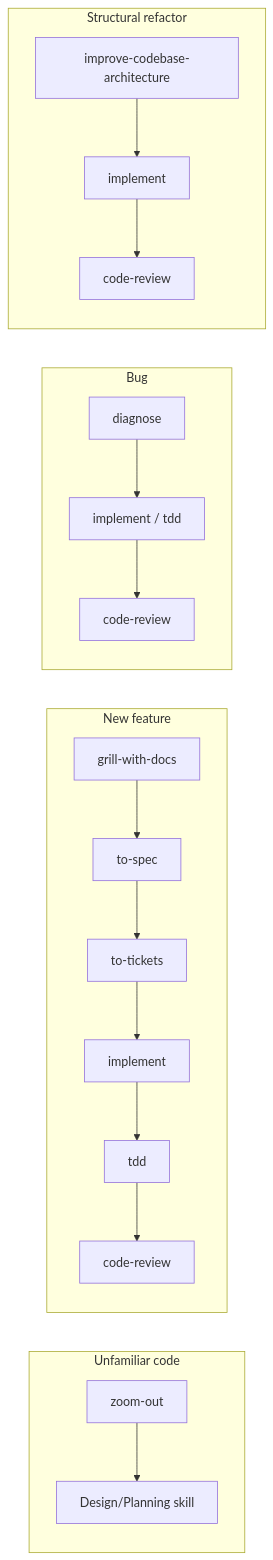
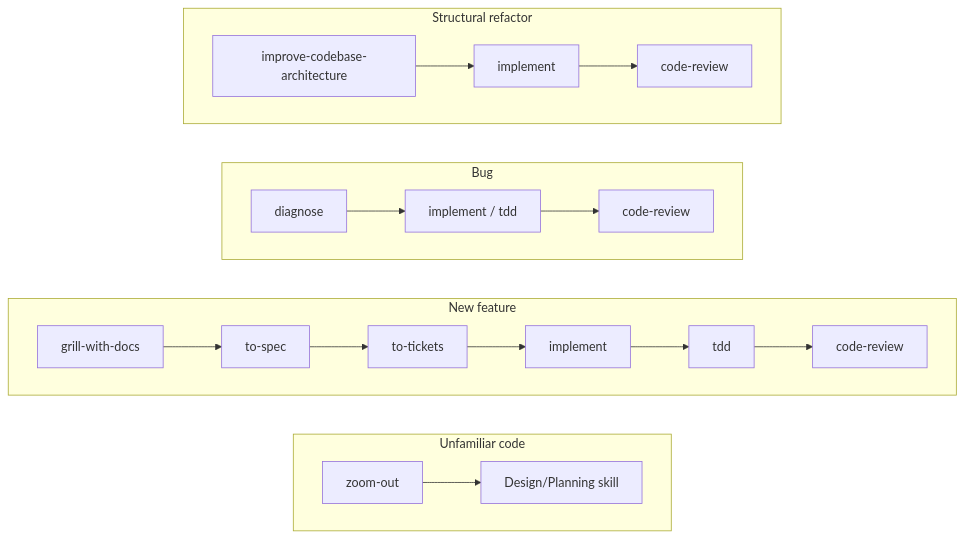
One commit to elvisbrevi/agent-workflow changed the diagram in README.md. Above: the diagram before and after it, drawn with Mermaid.

Commit message:
﻿Update README flowchart subgraphs with ids and direction

````diff
--- a/README.md
+++ b/README.md
@@ -65,18 +65,22 @@
 ```mermaid
 flowchart LR
-    subgraph "Unfamiliar code"
+    subgraph UC["Unfamiliar code"]
+        direction LR
         UC1["zoom-out"] --> UC2["Design/Planning skill"]
     end
 
-    subgraph "New feature"
+    subgraph NF["New feature"]
+        direction LR
         NF1["grill-with-docs"] --> NF2["to-spec"] --> NF3["to-tickets"] --> NF4["implement"] --> NF5["tdd"] --> NF6["code-review"]
     end
 
-    subgraph "Bug"
+    subgraph BG["Bug"]
+        direction LR
         BG1["diagnose"] --> BG2["implement / tdd"] --> BG3["code-review"]
     end
 
-    subgraph "Structural refactor"
+    subgraph SR["Structural refactor"]
+        direction LR
         SR1["improve-codebase-architecture"] --> SR2["implement"] --> SR3["code-review"]
     end
 ```
````
